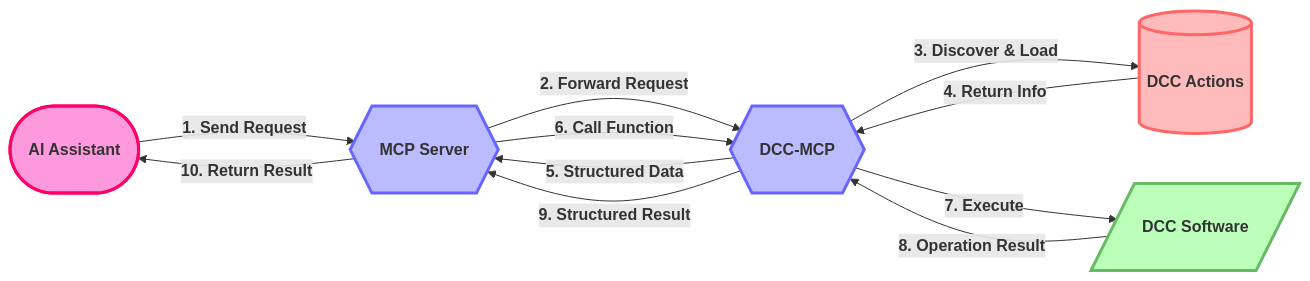
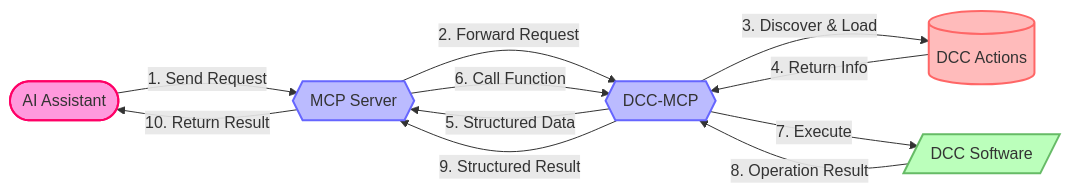
The diagram in README.md (loonghao/dcc-mcp-core), drawn with Mermaid before and after one commit. The commit also changed other lines of this file and 1 other file, not shown here.

First line of the commit message:
docs: rewrite README.md and README_zh.md for Rust+PyO3 architecture

````diff
--- a/README.md
+++ b/README.md
@@ -30,43 +24,24 @@
 ```mermaid
-%%{init: {
-  'flowchart': {
-    'nodeSpacing': 50,
-    'rankSpacing': 80,
-    'curve': 'basis',
-    'useMaxWidth': false
-  },
-  'themeVariables': {
-    'fontSize': '16px',
-    'fontFamily': 'arial',
-    'lineWidth': 2
-  }
-} }%%
+flowchart LR
+    AI([AI Assistant]):::aiNode
+    MCP{{MCP Server}}:::serverNode
+    DCCMCP{{DCC-MCP}}:::serverNode
+    Actions[(DCC Actions)]:::actionsNode
+    DCC[/DCC Software/]:::dccNode
 
-flowchart LR
-    %% Node definitions with custom styling
-    AI([<b>AI Assistant</b>]):::aiNode
-    MCP{{<b>MCP Server</b>}}:::serverNode
-    DCCMCP{{<b>DCC-MCP</b>}}:::serverNode
-    Actions[(
-<b>DCC Actions</b>
-)]:::actionsNode
-    DCC[/<b>DCC Software</b>/]:::dccNode
+    AI -->|1. Send Request| MCP
+    MCP -->|2. Forward Request| DCCMCP
+    DCCMCP -->|3. Discover & Load| Actions
+    Actions -->|4. Return Info| DCCMCP
+    DCCMCP -->|5. Structured Data| MCP
+    MCP -->|6. Call Function| DCCMCP
+    DCCMCP -->|7. Execute| DCC
+    DCC -->|8. Operation Result| DCCMCP
+    DCCMCP -->|9. Structured Result| MCP
+    MCP -->|10. Return Result| AI
 
-    %% Connections and workflow
-    AI -->|<b>1. Send Request</b>| MCP
-    MCP -->|<b>2. Forward Request</b>| DCCMCP
-    DCCMCP -->|<b>3. Discover & Load</b>| Actions
-    Actions -->|<b>4. Return Info</b>| DCCMCP
-    DCCMCP -->|<b>5. Structured Data</b>| MCP
-    MCP -->|<b>6. Call Function</b>| DCCMCP
-    DCCMCP -->|<b>7. Execute</b>| DCC
-    DCC -->|<b>8. Operation Result</b>| DCCMCP
-    DCCMCP -->|<b>9. Structured Result</b>| MCP
-    MCP -->|<b>10. Return Result</b>| AI
-
-    %% Style definitions
-    classDef aiNode fill:#f9d,stroke:#f06,stroke-width:3px,color:#333,padding:15px,margin:10px
-    classDef serverNode fill:#bbf,stroke:#66f,stroke-width:3px,color:#333,padding:15px,margin:10px
-    classDef dccNode fill:#bfb,stroke:#6b6,stroke-width:3px,color:#333,padding:15px,margin:10px
-    classDef actionsNode fill:#fbb,stroke:#f66,stroke-width:3px,color:#333,padding:15px,margin:10px
+    classDef aiNode fill:#f9d,stroke:#f06,stroke-width:2px,color:#333
+    classDef serverNode fill:#bbf,stroke:#66f,stroke-width:2px,color:#333
+    classDef dccNode fill:#bfb,stroke:#6b6,stroke-width:2px,color:#333
+    classDef actionsNode fill:#fbb,stroke:#f66,stroke-width:2px,color:#333
 ```
````
